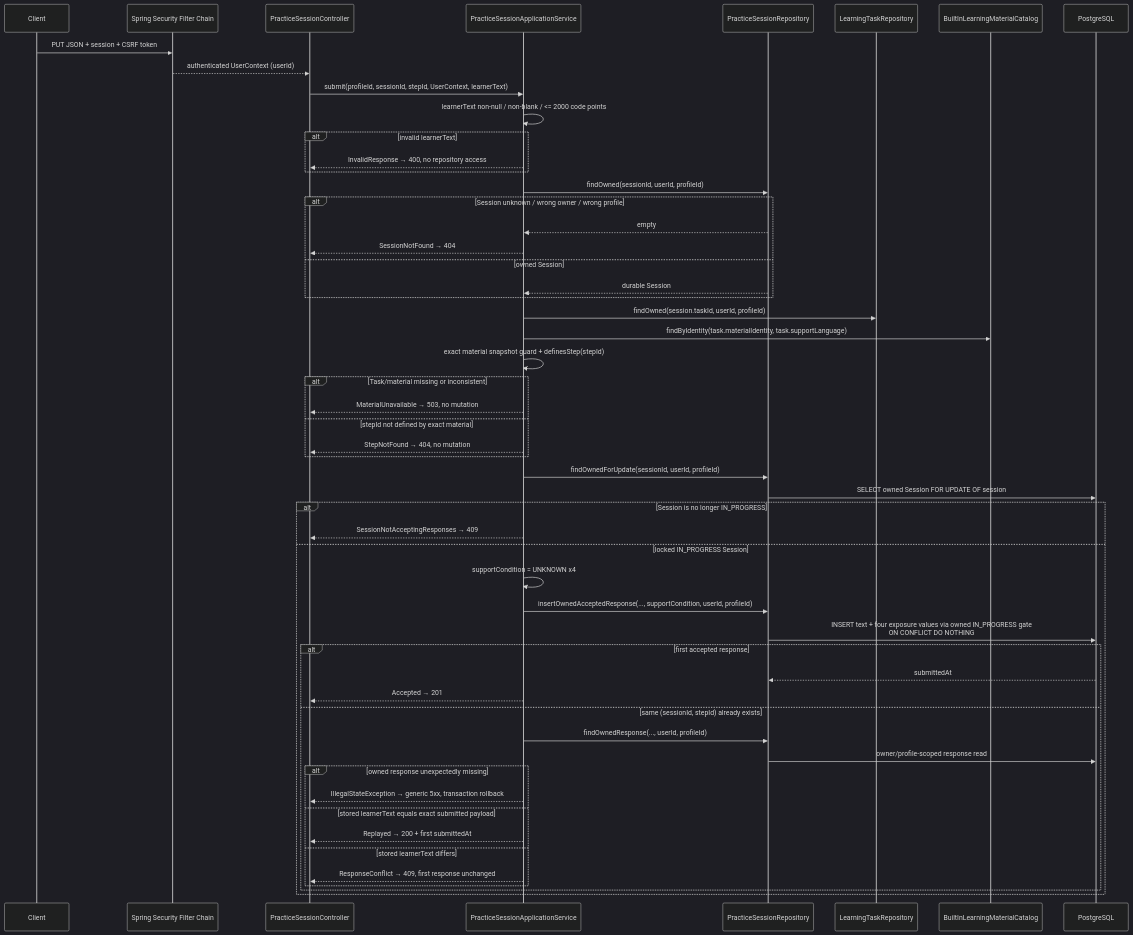
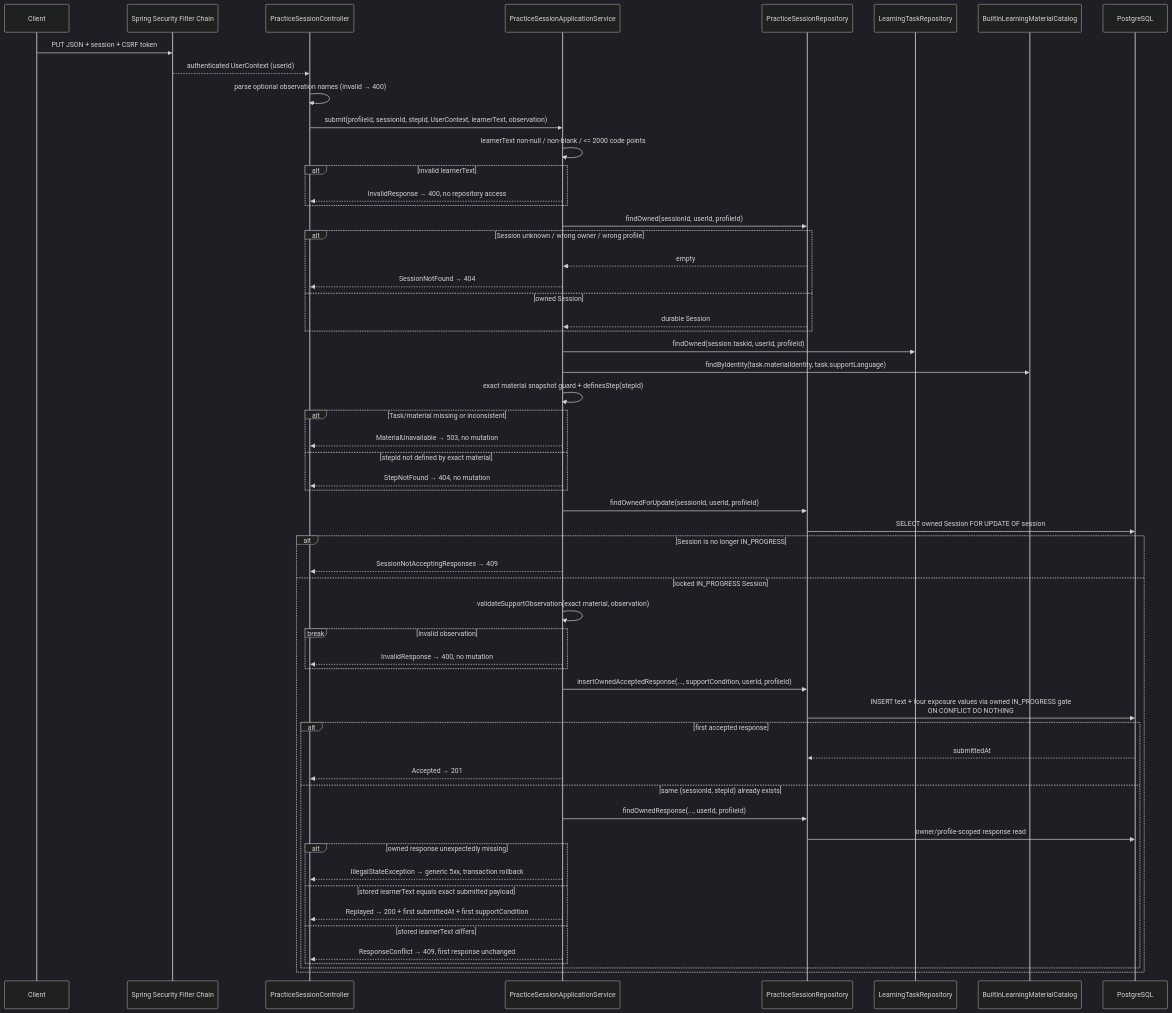
The second of 4 diagrams in docs/flow/practice-session-lifecycle.md (AnnnaSun/DailyLanguage), drawn with Mermaid (dark theme) before and after one commit. The commit also changed other lines of this file and 10 other files, not shown here.

First line of the commit message:
feat(practice): validate and persist support observations (M1-S11-A)

````diff
--- a/docs/flow/practice-session-lifecycle.md
+++ b/docs/flow/practice-session-lifecycle.md
@@ -110,60 +110,64 @@
 ```mermaid
 sequenceDiagram
     participant Client
     participant Security as Spring Security Filter Chain
     participant Controller as PracticeSessionController
     participant Service as PracticeSessionApplicationService
     participant SessionRepo as PracticeSessionRepository
     participant TaskRepo as LearningTaskRepository
     participant Catalog as BuiltInLearningMaterialCatalog
     participant DB as PostgreSQL
 
     Client->>Security: PUT JSON + session + CSRF token
     Security-->>Controller: authenticated UserContext (userId)
-    Controller->>Service: submit(profileId, sessionId, stepId, UserContext, learnerText)
+    Controller->>Controller: parse optional observation names (invalid → 400)
+    Controller->>Service: submit(profileId, sessionId, stepId, UserContext, learnerText, observation)
     Service->>Service: learnerText non-null / non-blank / <= 2000 code points
     alt invalid learnerText
         Service-->>Controller: InvalidResponse → 400, no repository access
     end
 
     Service->>SessionRepo: findOwned(sessionId, userId, profileId)
     alt Session unknown / wrong owner / wrong profile
         SessionRepo-->>Service: empty
         Service-->>Controller: SessionNotFound → 404
     else owned Session
         SessionRepo-->>Service: durable Session
     end
 
     Service->>TaskRepo: findOwned(session.taskId, userId, profileId)
     Service->>Catalog: findByIdentity(task.materialIdentity, task.supportLanguage)
     Service->>Service: exact material snapshot guard + definesStep(stepId)
     alt Task/material missing or inconsistent
         Service-->>Controller: MaterialUnavailable → 503, no mutation
     else stepId not defined by exact material
         Service-->>Controller: StepNotFound → 404, no mutation
     end
 
     Service->>SessionRepo: findOwnedForUpdate(sessionId, userId, profileId)
     SessionRepo->>DB: SELECT owned Session FOR UPDATE OF session
     alt Session is no longer IN_PROGRESS
         Service-->>Controller: SessionNotAcceptingResponses → 409
     else locked IN_PROGRESS Session
-        Service->>Service: supportCondition = UNKNOWN x4
+        Service->>Service: validateSupportObservation(exact material, observation)
+        break Invalid observation
+            Service-->>Controller: InvalidResponse → 400, no mutation
+        end
         Service->>SessionRepo: insertOwnedAcceptedResponse(..., supportCondition, userId, profileId)
         SessionRepo->>DB: INSERT text + four exposure values via owned IN_PROGRESS gate<br/>ON CONFLICT DO NOTHING
         alt first accepted response
             DB-->>SessionRepo: submittedAt
             Service-->>Controller: Accepted → 201
         else same (sessionId, stepId) already exists
             Service->>SessionRepo: findOwnedResponse(..., userId, profileId)
             SessionRepo->>DB: owner/profile-scoped response read
             alt owned response unexpectedly missing
                 Service-->>Controller: IllegalStateException → generic 5xx, transaction rollback
             else stored learnerText equals exact submitted payload
-                Service-->>Controller: Replayed → 200 + first submittedAt
+                Service-->>Controller: Replayed → 200 + first submittedAt + first supportCondition
             else stored learnerText differs
                 Service-->>Controller: ResponseConflict → 409, first response unchanged
             end
         end
     end
 ```
````
